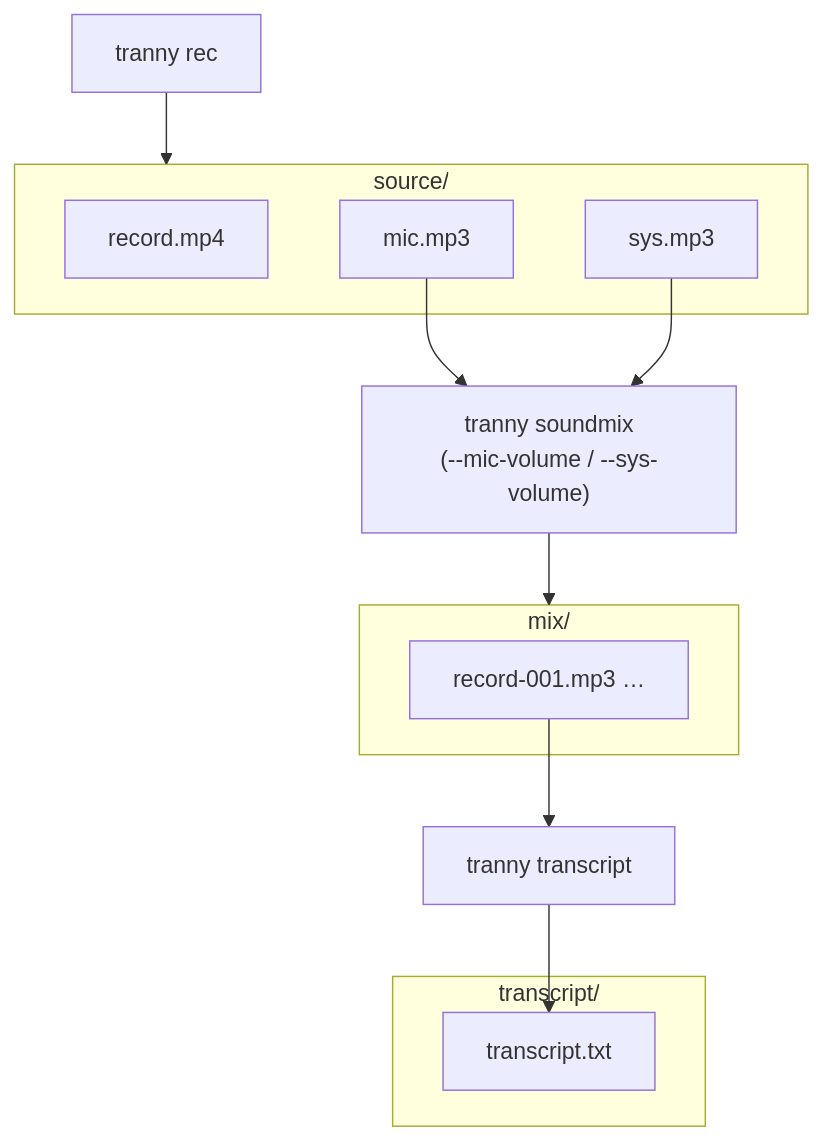
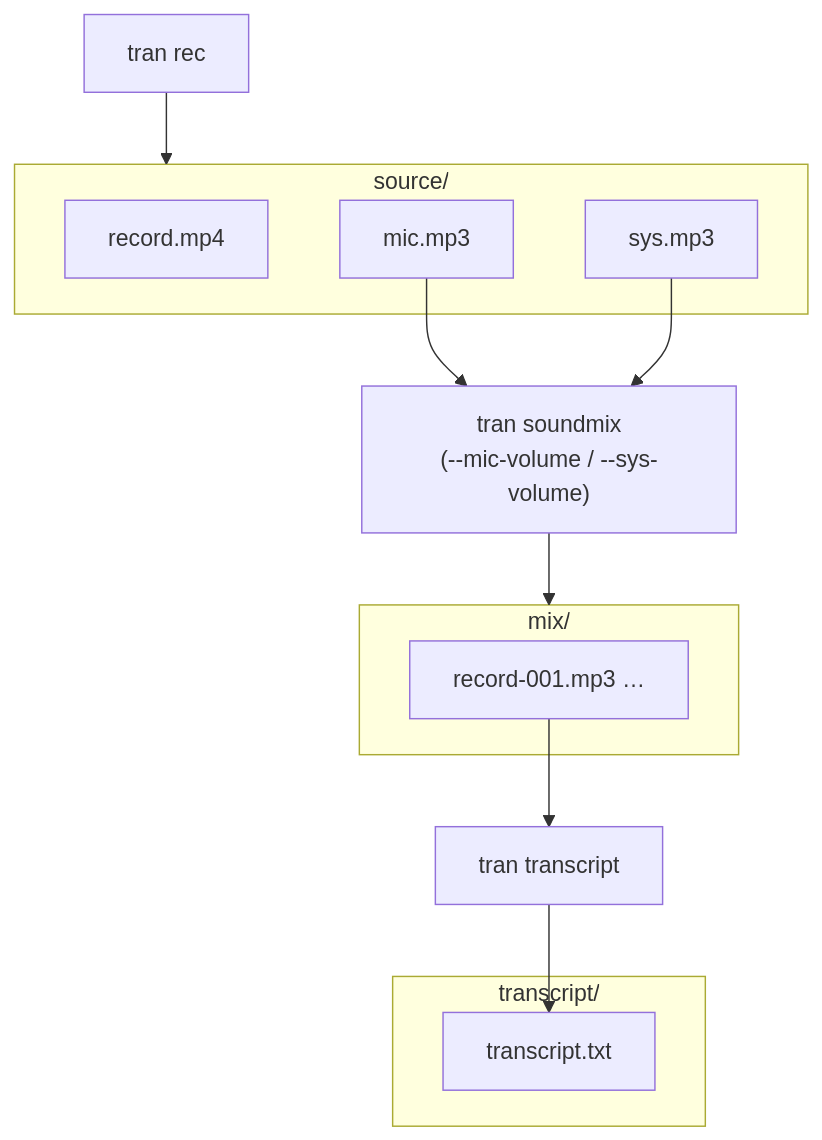
One commit to harnyk/tranny changed the fourth of 4 diagrams in README.md. Above: the diagram before and after it, drawn with Mermaid. The commit also changed other lines of this file and 17 other files, not shown here.

First line of the commit message:
Rebrand tranny → tran

````diff
--- a/README.md
+++ b/README.md
@@ -214,28 +214,28 @@
 ```mermaid
 graph TD
-    REC["tranny rec"]
+    REC["tran rec"]
 
     subgraph source["source/"]
         MP4["record.mp4"]
         MIC["mic.mp3"]
         SYS["sys.mp3"]
     end
 
-    SM["tranny soundmix\n(--mic-volume / --sys-volume)"]
+    SM["tran soundmix\n(--mic-volume / --sys-volume)"]
 
     subgraph mix["mix/"]
         CHUNKS["record-001.mp3 …"]
     end
 
-    TR["tranny transcript"]
+    TR["tran transcript"]
 
     subgraph transcript["transcript/"]
         TXT["transcript.txt"]
     end
 
     REC --> source
     MIC & SYS --> SM
     SM --> mix
     CHUNKS --> TR
     TR --> TXT
 ```
````
